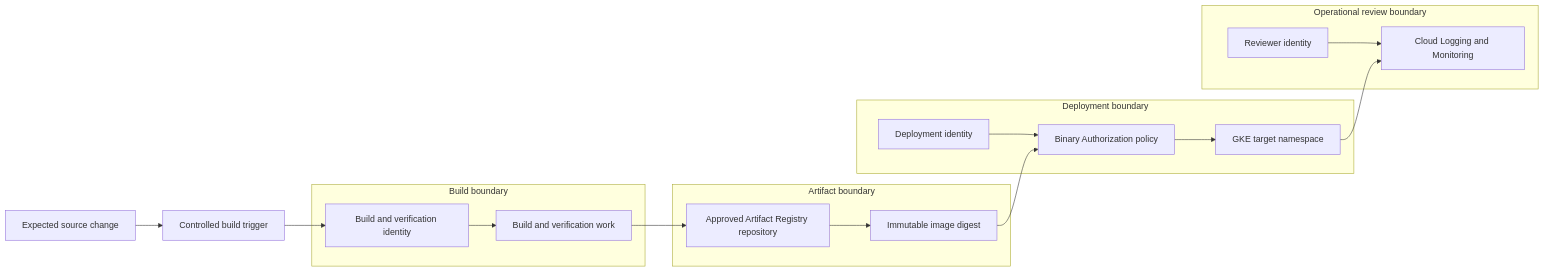
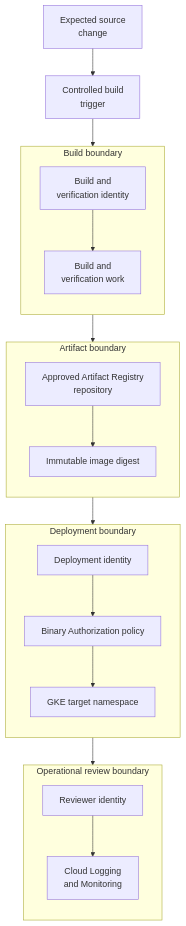
The fourth of 5 diagrams in docs/diagrams/README.md (DimitryZH/secure-delivery-platform), drawn with Mermaid before and after one commit. The commit also changed other lines of this file and 2 other files, not shown here.

Commit message:
docs: refine trusted delivery architecture

````diff
--- a/docs/diagrams/README.md
+++ b/docs/diagrams/README.md
@@ -74,35 +84,37 @@
 ```mermaid
-flowchart LR
-    Source[Expected source change] --> Trigger[Controlled build trigger]
+flowchart TB
+    Source["Expected source<br/>change"] --> Trigger["Controlled build<br/>trigger"]
 
     subgraph BuildBoundary[Build boundary]
-        BuildSA[Build and verification identity]
-        BuildJob[Build and verification work]
+        direction TB
+        BuildJob["Build and<br/>verification work"]
+        BuildSA["Build and<br/>verification identity"]
         BuildSA --> BuildJob
     end
 
     subgraph ArtifactBoundary[Artifact boundary]
-        Registry[Approved Artifact Registry repository]
+        direction TB
+        Registry["Approved Artifact Registry<br/>repository"]
         Digest[Immutable image digest]
         Registry --> Digest
     end
 
     subgraph DeploymentBoundary[Deployment boundary]
-        DeploySA[Deployment identity]
+        direction TB
         Policy[Binary Authorization policy]
         Cluster[GKE target namespace]
-        DeploySA --> Policy
         Policy --> Cluster
+        DeploySA[Deployment identity] --> Policy
     end
 
     subgraph ReviewBoundary[Operational review boundary]
-        Reviewer[Reviewer identity]
-        Telemetry[Cloud Logging and Monitoring]
-        Reviewer --> Telemetry
+        direction TB
+        Telemetry["Cloud Logging<br/>and Monitoring"]
+        Reviewer[Reviewer identity] --> Telemetry
     end
 
     Trigger --> BuildSA
     BuildJob --> Registry
     Digest --> Policy
     Cluster --> Telemetry
 ```
````
